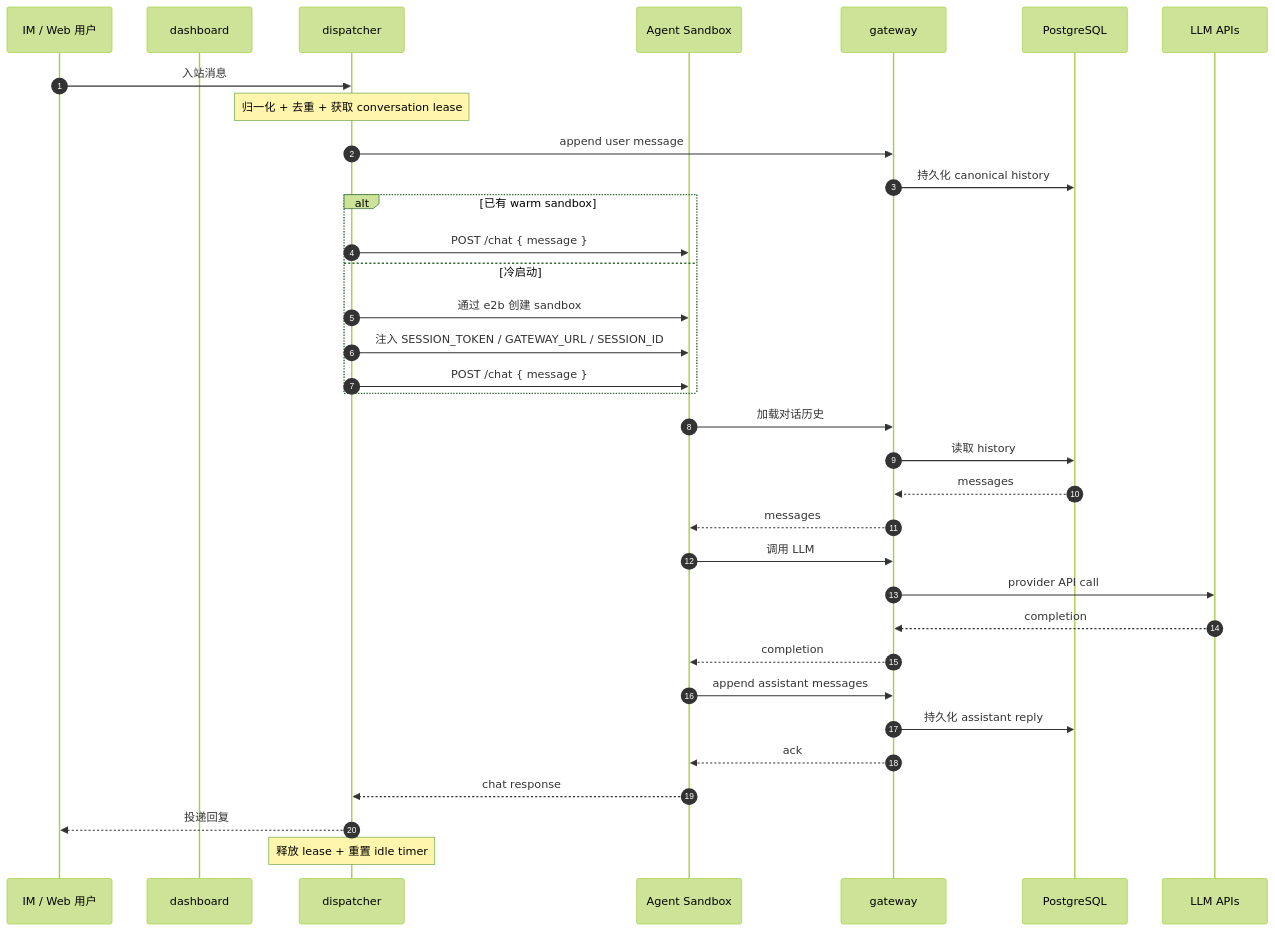
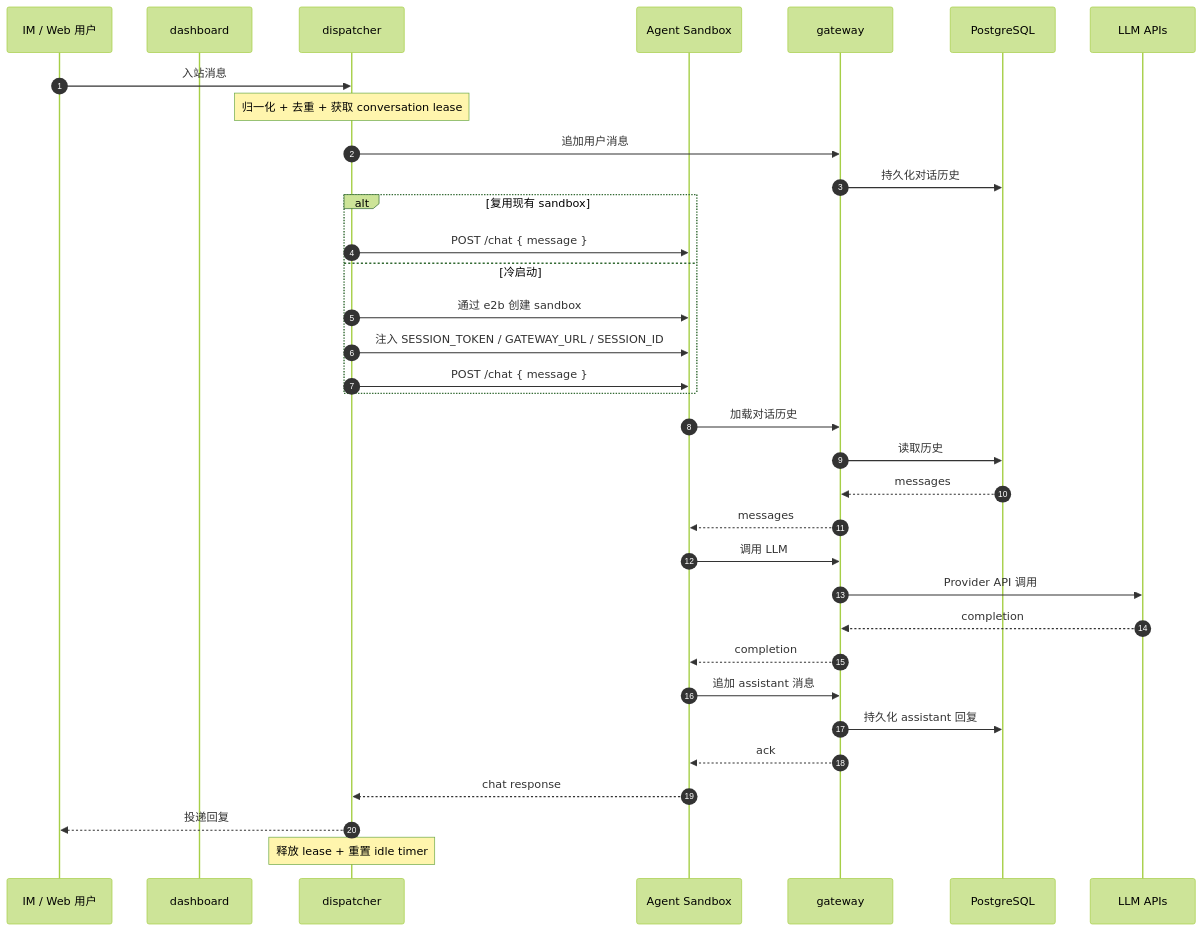
Before and after one commit to hongliang-zhang/ai_employee_platform: the second of 2 diagrams in docs/superpowers/specs/2026-03-30-agent-as-a-service-design.md, drawn with Mermaid (forest theme). The commit also changed other lines of this file, not shown here.

````diff
--- a/docs/superpowers/specs/2026-03-30-agent-as-a-service-design.md
+++ b/docs/superpowers/specs/2026-03-30-agent-as-a-service-design.md
@@ -67,42 +67,42 @@
 ```mermaid
 sequenceDiagram
   autonumber
   participant User as IM / Web 用户
   participant Dashboard as dashboard
   participant Dispatcher as dispatcher
   participant Sandbox as Agent Sandbox
   participant Gateway as gateway
   participant DB as PostgreSQL
   participant LLM as LLM APIs
 
   User->>Dispatcher: 入站消息
   Note over Dispatcher: 归一化 + 去重 + 获取 conversation lease
-  Dispatcher->>Gateway: append user message
-  Gateway->>DB: 持久化 canonical history
+  Dispatcher->>Gateway: 追加用户消息
+  Gateway->>DB: 持久化对话历史
 
-  alt 已有 warm sandbox
+  alt 复用现有 sandbox
     Dispatcher->>Sandbox: POST /chat { message }
   else 冷启动
     Dispatcher->>Sandbox: 通过 e2b 创建 sandbox
     Dispatcher->>Sandbox: 注入 SESSION_TOKEN / GATEWAY_URL / SESSION_ID
     Dispatcher->>Sandbox: POST /chat { message }
   end
 
   Sandbox->>Gateway: 加载对话历史
-  Gateway->>DB: 读取 history
+  Gateway->>DB: 读取历史
   DB-->>Gateway: messages
   Gateway-->>Sandbox: messages
 
   Sandbox->>Gateway: 调用 LLM
-  Gateway->>LLM: provider API call
+  Gateway->>LLM: Provider API 调用
   LLM-->>Gateway: completion
   Gateway-->>Sandbox: completion
 
-  Sandbox->>Gateway: append assistant messages
-  Gateway->>DB: 持久化 assistant reply
+  Sandbox->>Gateway: 追加 assistant 消息
+  Gateway->>DB: 持久化 assistant 回复
   Gateway-->>Sandbox: ack
 
   Sandbox-->>Dispatcher: chat response
   Dispatcher-->>User: 投递回复
   Note over Dispatcher: 释放 lease + 重置 idle timer
 ```
````
